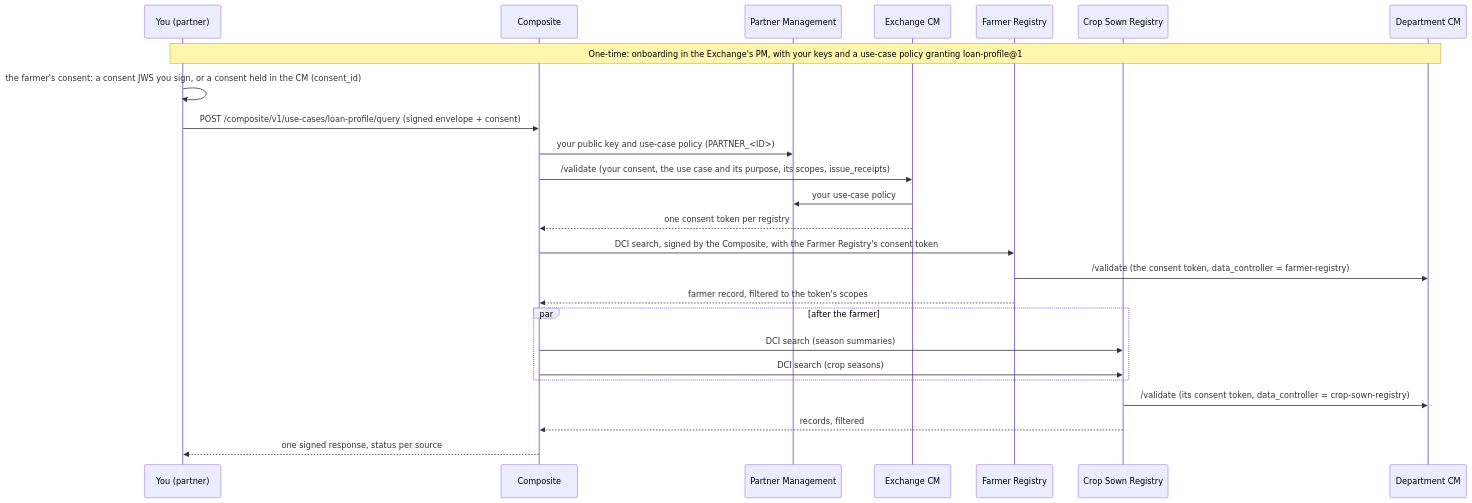
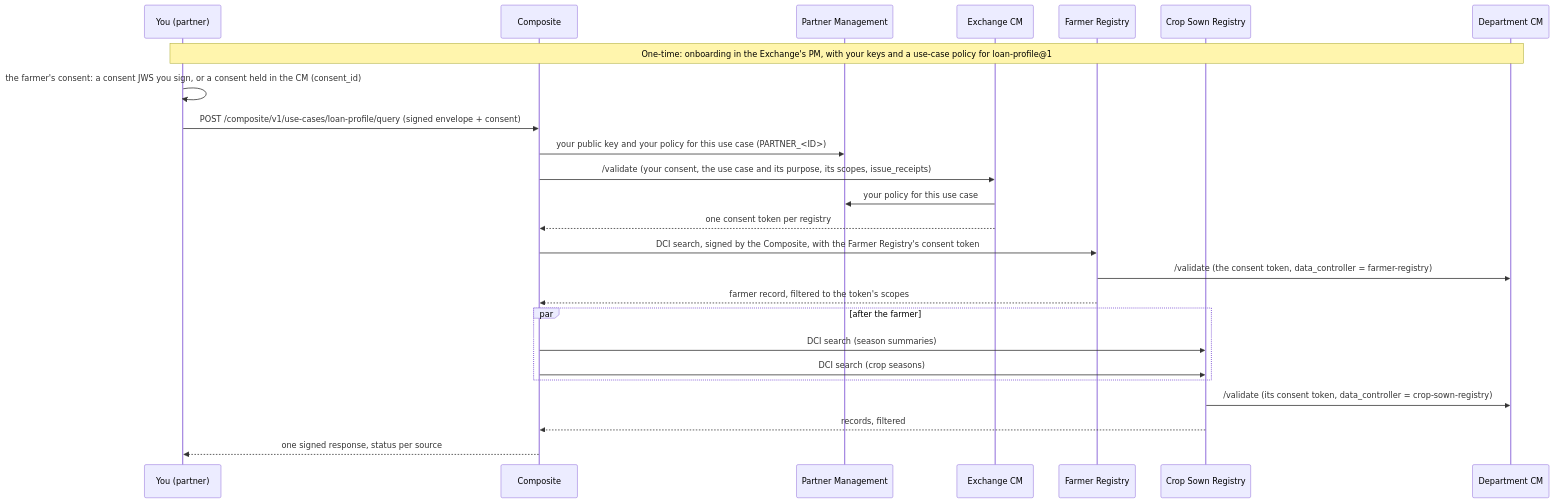
Before and after one commit to OpenG2P/openg2p-documentation: the diagram in open-agri-stack/partner-guide.md, drawn with Mermaid. The commit also changed other lines of this file and 35 other files, not shown here.

````diff
--- a/open-agri-stack/partner-guide.md
+++ b/open-agri-stack/partner-guide.md
@@ -25,27 +25,27 @@
 ```mermaid
 sequenceDiagram
   participant P as You (partner)
   participant C as Composite
   participant PM as Partner Management
   participant XCM as Exchange CM
   participant FR as Farmer Registry
   participant CSR as Crop Sown Registry
   participant DCM as Department CM
-  Note over P,DCM: One-time: onboarding in the Exchange's PM, with your keys and a use-case policy granting loan-profile@1
+  Note over P,DCM: One-time: onboarding in the Exchange's PM, with your keys and a use-case policy for loan-profile@1
   P->>P: the farmer's consent: a consent JWS you sign, or a consent held in the CM (consent_id)
   P->>C: POST /composite/v1/use-cases/loan-profile/query (signed envelope + consent)
-  C->>PM: your public key and use-case policy (PARTNER_<ID>)
+  C->>PM: your public key and your policy for this use case (PARTNER_<ID>)
   C->>XCM: /validate (your consent, the use case and its purpose, its scopes, issue_receipts)
-  XCM->>PM: your use-case policy
+  XCM->>PM: your policy for this use case
   XCM-->>C: one consent token per registry
   C->>FR: DCI search, signed by the Composite, with the Farmer Registry's consent token
   FR->>DCM: /validate (the consent token, data_controller = farmer-registry)
   FR-->>C: farmer record, filtered to the token's scopes
   par after the farmer
     C->>CSR: DCI search (season summaries)
     C->>CSR: DCI search (crop seasons)
   end
   CSR->>DCM: /validate (its consent token, data_controller = crop-sown-registry)
   CSR-->>C: records, filtered
   C-->>P: one signed response, status per source
 ```
````
